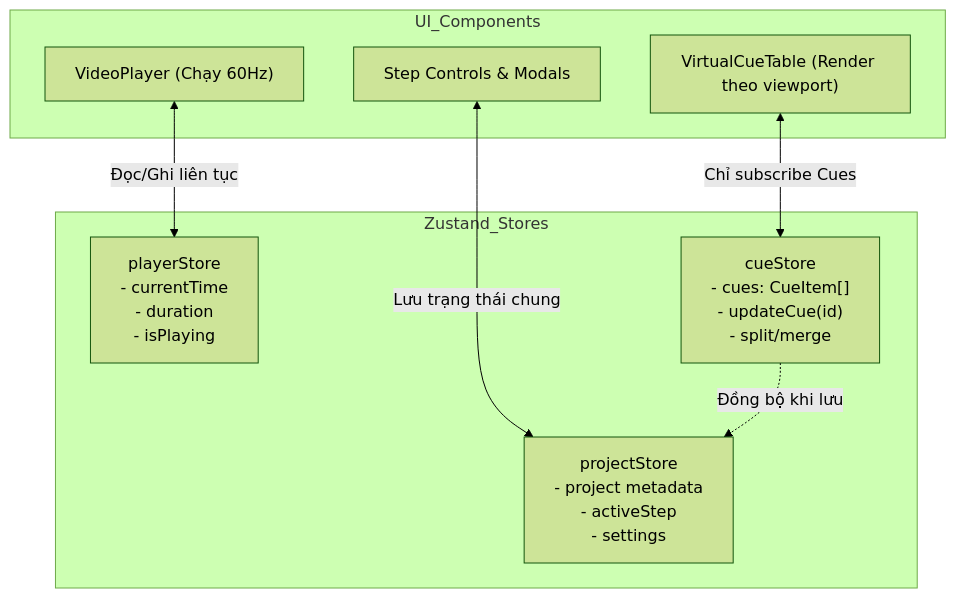
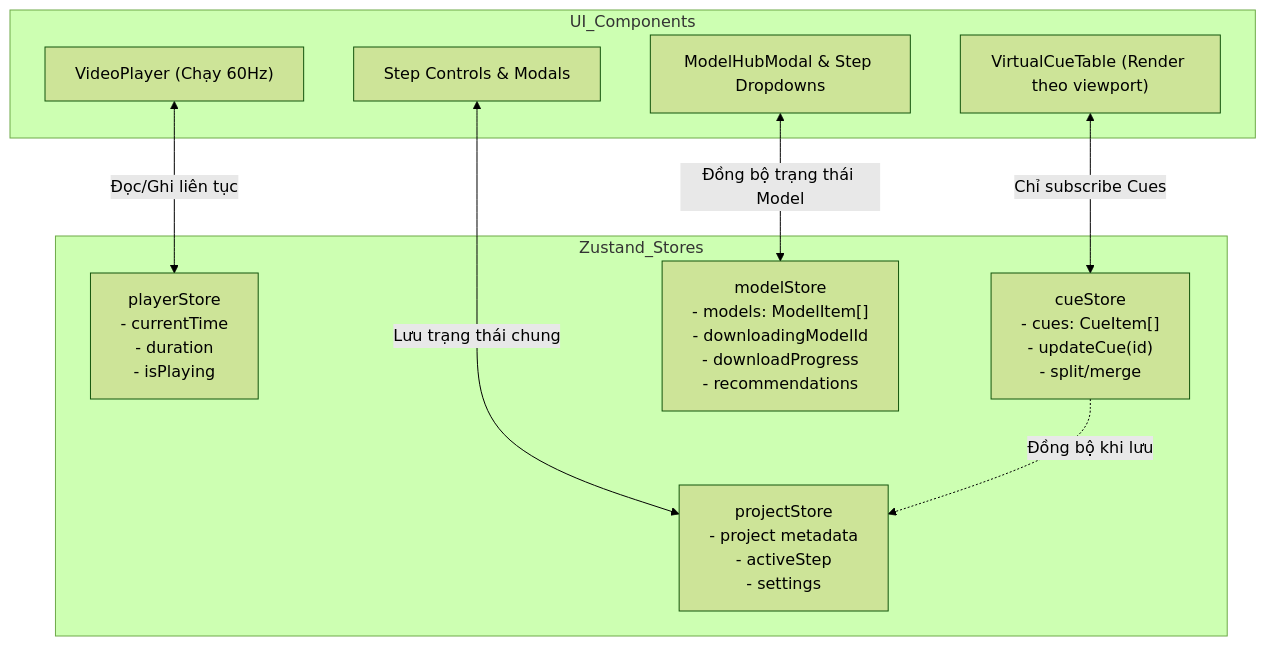
Before and after one commit to 4hoangvua/anshin-dubbing-video: the third of 3 diagrams in README.md, drawn with Mermaid (forest theme). The commit also changed other lines of this file and 13 other files, not shown here.

First line of the commit message:
feat: nâng cấp In-App Model Hub, Zero-Error UI và tối ưu hệ thống toàn diện

````diff
--- a/README.md
+++ b/README.md
@@ -263,19 +281,22 @@
 ```mermaid
 flowchart TD
     subgraph UI_Components
         VPlayer["VideoPlayer (Chạy 60Hz)"]
         Table["VirtualCueTable (Render theo viewport)"]
         Controls["Step Controls & Modals"]
+        MHubUI["ModelHubModal & Step Dropdowns"]
     end
 
     subgraph Zustand_Stores
         PStore["playerStore\n- currentTime\n- duration\n- isPlaying"]
         CStore["cueStore\n- cues: CueItem[]\n- updateCue(id)\n- split/merge"]
         PrStore["projectStore\n- project metadata\n- activeStep\n- settings"]
+        MStore["modelStore\n- models: ModelItem[]\n- downloadingModelId\n- downloadProgress\n- recommendations"]
     end
 
     VPlayer <-->|Đọc/Ghi liên tục| PStore
     Table <-->|Chỉ subscribe Cues| CStore
     Controls <-->|Lưu trạng thái chung| PrStore
+    MHubUI <-->|Đồng bộ trạng thái Model| MStore
     CStore -.->|Đồng bộ khi lưu| PrStore
 ```
````
